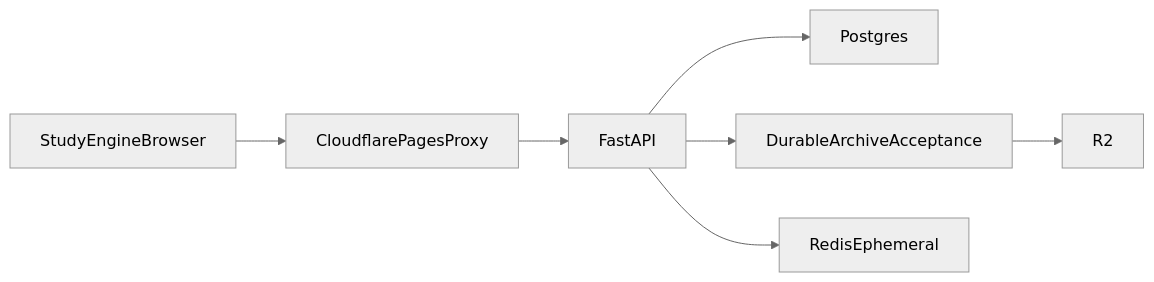
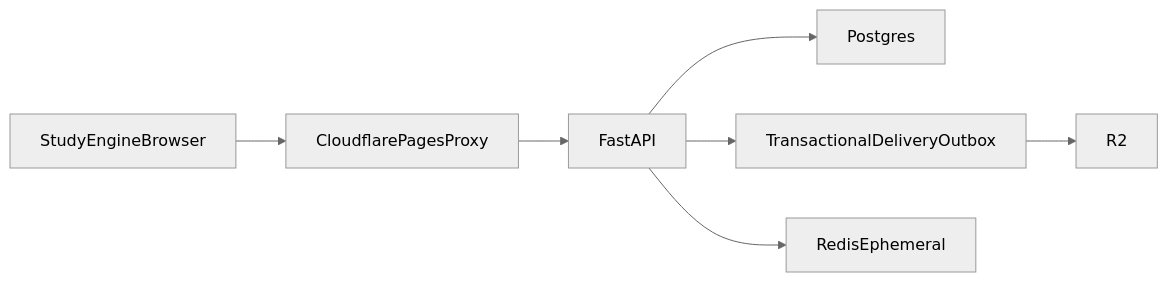
The fifth of 5 diagrams in docs/notes/STUDY-ENGINE-BRAINSTORM/STUDY-ENGINE-DESIGN/SYNC-AND-BACKEND.md (PikaPikaGems/kanji-heatmap), drawn with Mermaid (neutral theme) before and after one commit. The commit also changed other lines of this file and 8 other files, not shown here.

````diff
--- a/docs/notes/STUDY-ENGINE-BRAINSTORM/STUDY-ENGINE-DESIGN/SYNC-AND-BACKEND.md
+++ b/docs/notes/STUDY-ENGINE-BRAINSTORM/STUDY-ENGINE-DESIGN/SYNC-AND-BACKEND.md
@@ -686,9 +789,9 @@
 ```mermaid
 flowchart LR
     Browser[StudyEngineBrowser] --> PagesProxy[CloudflarePagesProxy]
     PagesProxy --> FastAPI[FastAPI]
     FastAPI --> Postgres[Postgres]
-    FastAPI --> Durable[DurableArchiveAcceptance]
+    FastAPI --> Durable[TransactionalDeliveryOutbox]
     Durable --> R2[R2]
     FastAPI --> Redis[RedisEphemeral]
 ```
````
